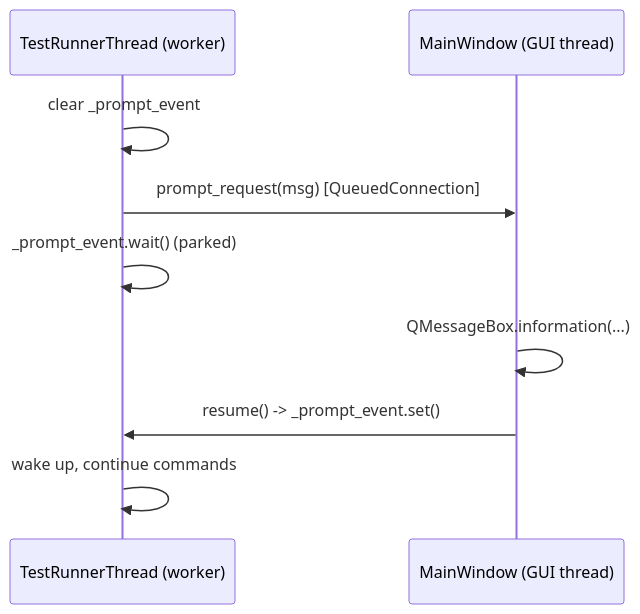
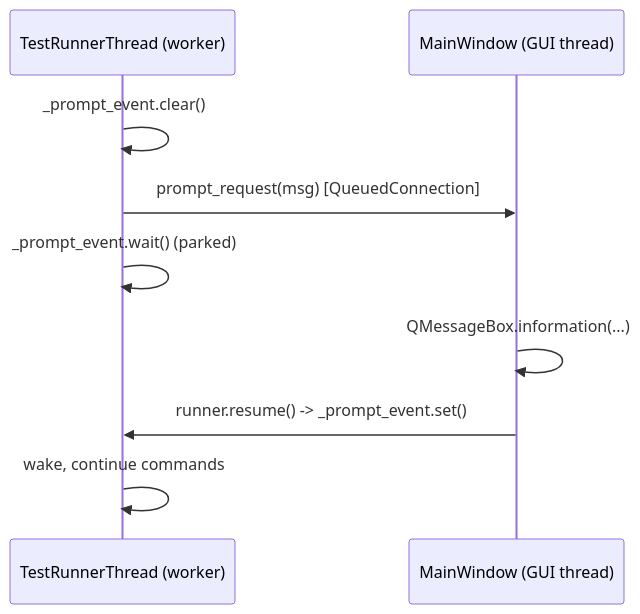
One commit to yitzchakdfx-debug/Biosend changed the first of 4 diagrams in DOC/ARCHITECTURE_DEEP_DIVE.md. Above: the diagram before and after it, drawn with Mermaid. The commit also changed other lines of this file and 47 other files, not shown here.

````diff
--- a/DOC/ARCHITECTURE_DEEP_DIVE.md
+++ b/DOC/ARCHITECTURE_DEEP_DIVE.md
@@ -60,11 +99,11 @@
 ```mermaid
 sequenceDiagram
     participant R as TestRunnerThread (worker)
     participant U as MainWindow (GUI thread)
-    R->>R: clear _prompt_event
-    R->>U: prompt_request(msg) [QueuedConnection]
+    R->>R: _prompt_event.clear()
+    R->>U: prompt_request(msg)  [QueuedConnection]
     R->>R: _prompt_event.wait()  (parked)
     U->>U: QMessageBox.information(...)
-    U->>R: resume()  -> _prompt_event.set()
-    R->>R: wake up, continue commands
+    U->>R: runner.resume()  -> _prompt_event.set()
+    R->>R: wake, continue commands
 ```
````
